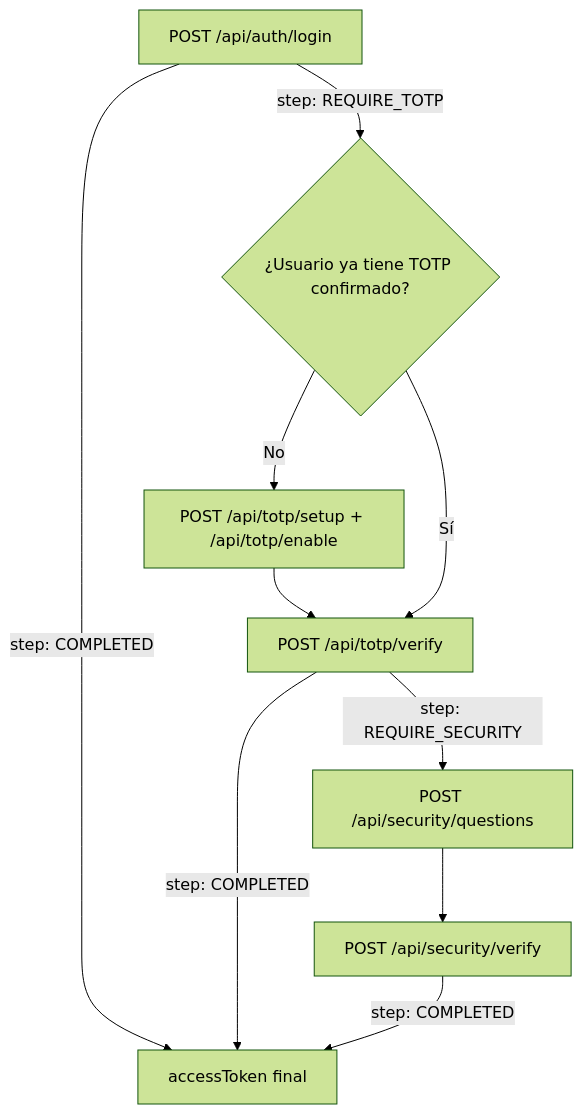
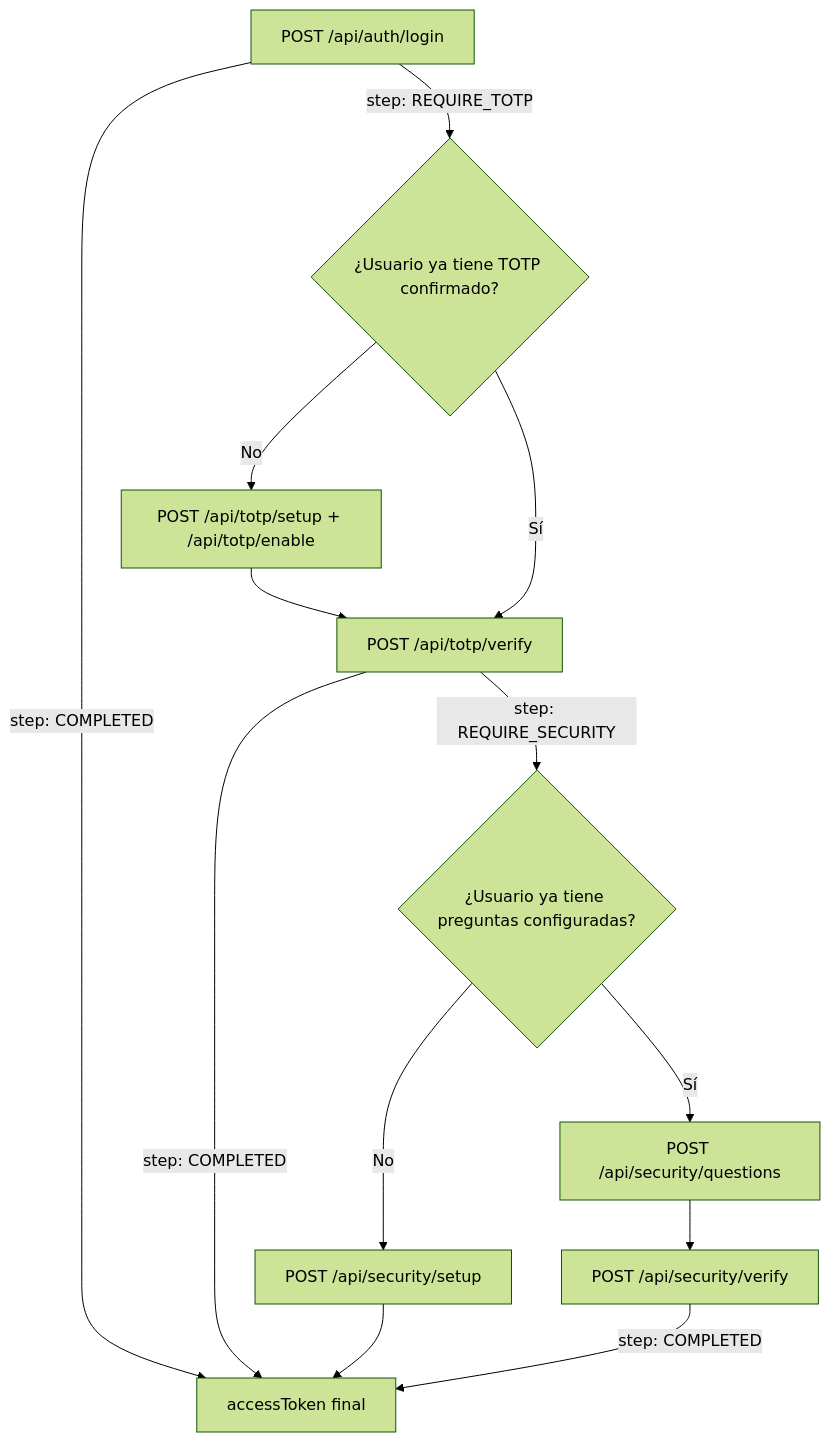
One commit to ValesMaster/valesmaster-backend changed the diagram in docs/frontend-auth-flow.md. Above: the diagram before and after it, drawn with Mermaid (forest theme). The commit also changed other lines of this file and 4 other files, not shown here.

````diff
--- a/docs/frontend-auth-flow.md
+++ b/docs/frontend-auth-flow.md
@@ -20,12 +21,15 @@
 ```mermaid
 flowchart TD
     A[POST /api/auth/login] -->|step: COMPLETED| Z[accessToken final]
     A -->|step: REQUIRE_TOTP| B{"¿Usuario ya tiene TOTP confirmado?"}
     B -->|No| C[POST /api/totp/setup + /api/totp/enable]
     C --> D[POST /api/totp/verify]
     B -->|Sí| D
     D -->|step: COMPLETED| Z
-    D -->|step: REQUIRE_SECURITY| E[POST /api/security/questions]
+    D -->|step: REQUIRE_SECURITY| G{"¿Usuario ya tiene preguntas configuradas?"}
+    G -->|No| H[POST /api/security/setup]
+    H --> Z
+    G -->|Sí| E[POST /api/security/questions]
     E --> F[POST /api/security/verify]
     F -->|step: COMPLETED| Z
 ```
````
